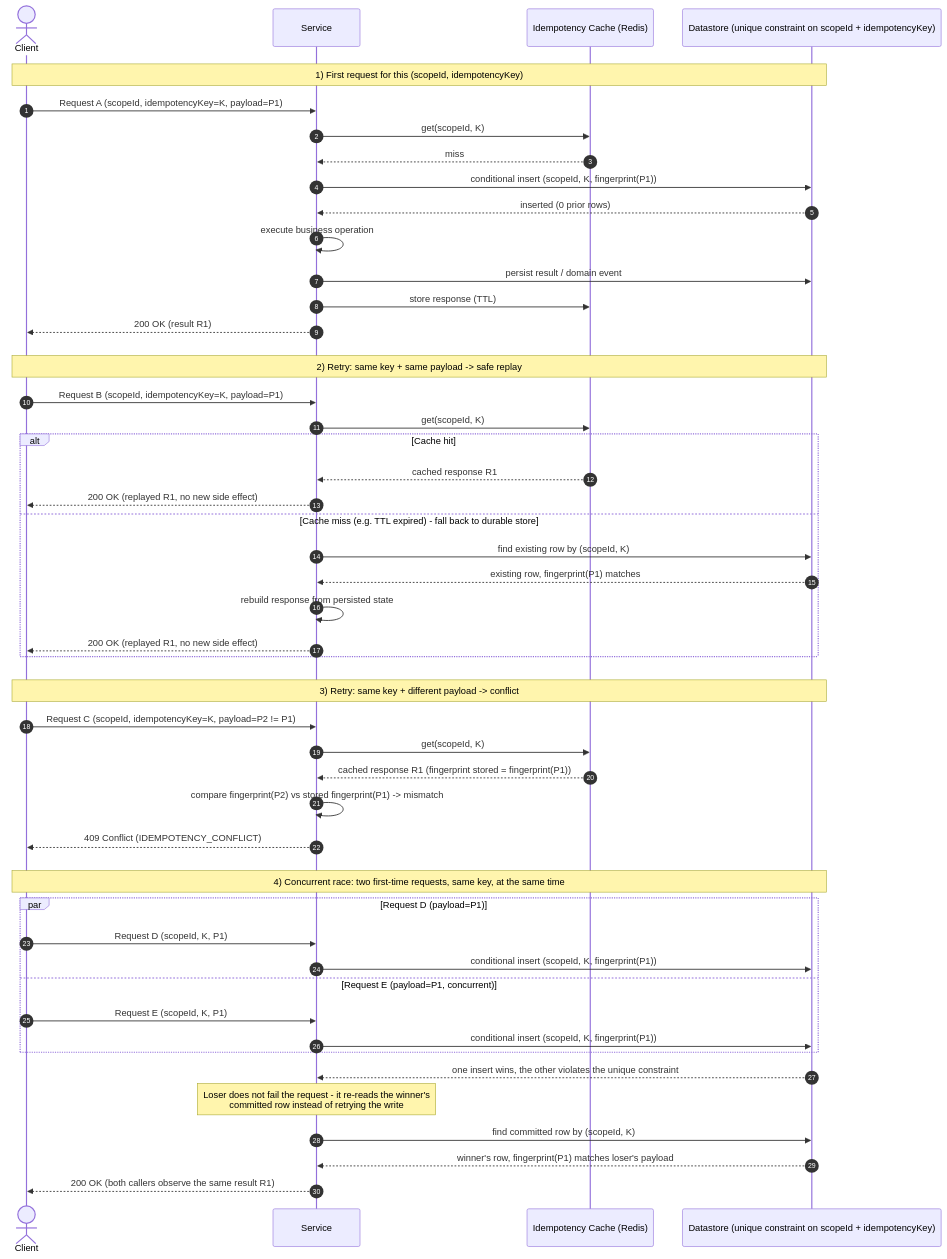
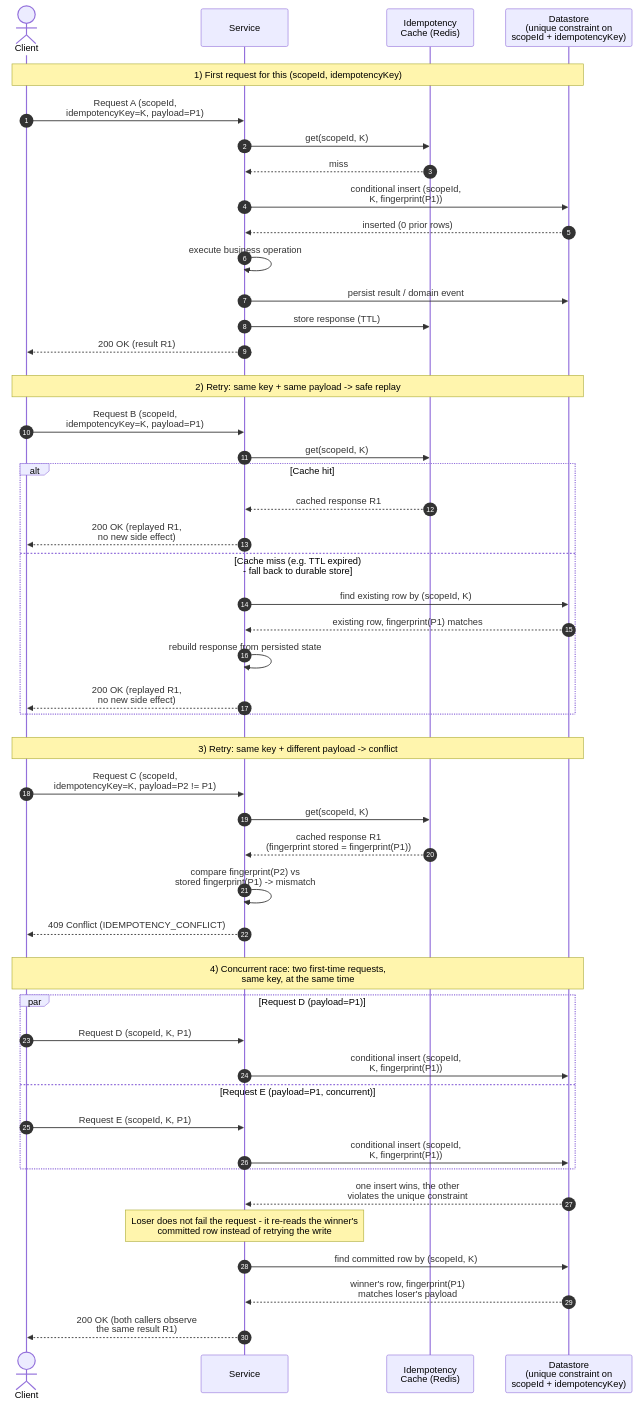
The diagram in docs/flows/idempotency-generic.mmd (ShirongQuan/payment-platform), drawn with Mermaid before and after one commit. The commit also changed 13 other files, not shown here.

```diff
--- a/docs/flows/idempotency-generic.mmd
+++ b/docs/flows/idempotency-generic.mmd
@@ -1,68 +1,68 @@
 %% Generic idempotency replay/conflict flow.
 %% Applies to any idempotency-keyed mutating endpoint in this platform:
 %%   - auth-service: POST /authorisations, POST /authorisations/{id}/captures,
 %%     POST /authorisations/{id}/reversals
 %%   - fraud-service: POST /fraud/check
 %% Scope key = (scopeId, idempotencyKey), e.g. (accountId, idempotencyKey) for authorise/fraud-check,
 %% or (authorisationId, idempotencyKey) for capture/reverse.
 %% Fingerprint = hash of the semantic request payload (see RequestHashing in shared-spring-lib),
 %% used to distinguish a safe replay from a conflicting reuse of the same key.
 sequenceDiagram
 	autonumber
 	actor Client
 	participant Svc as Service
-	participant Cache as Idempotency Cache (Redis)
-	participant DB as Datastore (unique constraint on scopeId + idempotencyKey)
+	participant Cache as Idempotency<br/>Cache (Redis)
+	participant DB as Datastore<br/>(unique constraint on<br/>scopeId + idempotencyKey)
 
 	rect rgba(0, 0, 0, 0)
 		note over Client, DB: 1) First request for this (scopeId, idempotencyKey)
-		Client->>Svc: Request A (scopeId, idempotencyKey=K, payload=P1)
+		Client->>Svc: Request A (scopeId,<br/>idempotencyKey=K, payload=P1)
 		Svc->>Cache: get(scopeId, K)
 		Cache-->>Svc: miss
-		Svc->>DB: conditional insert (scopeId, K, fingerprint(P1))
+		Svc->>DB: conditional insert (scopeId,<br/>K, fingerprint(P1))
 		DB-->>Svc: inserted (0 prior rows)
 		Svc->>Svc: execute business operation
 		Svc->>DB: persist result / domain event
 		Svc->>Cache: store response (TTL)
 		Svc-->>Client: 200 OK (result R1)
 	end
 
 	rect rgba(0, 0, 0, 0)
 		note over Client, DB: 2) Retry: same key + same payload -> safe replay
-		Client->>Svc: Request B (scopeId, idempotencyKey=K, payload=P1)
+		Client->>Svc: Request B (scopeId,<br/>idempotencyKey=K, payload=P1)
 		Svc->>Cache: get(scopeId, K)
 		alt Cache hit
 			Cache-->>Svc: cached response R1
-			Svc-->>Client: 200 OK (replayed R1, no new side effect)
-		else Cache miss (e.g. TTL expired) - fall back to durable store
+			Svc-->>Client: 200 OK (replayed R1,<br/>no new side effect)
+		else Cache miss (e.g. TTL expired)<br/>- fall back to durable store
 			Svc->>DB: find existing row by (scopeId, K)
 			DB-->>Svc: existing row, fingerprint(P1) matches
 			Svc->>Svc: rebuild response from persisted state
-			Svc-->>Client: 200 OK (replayed R1, no new side effect)
+			Svc-->>Client: 200 OK (replayed R1,<br/>no new side effect)
 		end
 	end
 
 	rect rgba(0, 0, 0, 0)
 		note over Client, DB: 3) Retry: same key + different payload -> conflict
-		Client->>Svc: Request C (scopeId, idempotencyKey=K, payload=P2 != P1)
+		Client->>Svc: Request C (scopeId,<br/>idempotencyKey=K, payload=P2 != P1)
 		Svc->>Cache: get(scopeId, K)
-		Cache-->>Svc: cached response R1 (fingerprint stored = fingerprint(P1))
-		Svc->>Svc: compare fingerprint(P2) vs stored fingerprint(P1) -> mismatch
+		Cache-->>Svc: cached response R1<br/>(fingerprint stored = fingerprint(P1))
+		Svc->>Svc: compare fingerprint(P2) vs<br/>stored fingerprint(P1) -> mismatch
 		Svc-->>Client: 409 Conflict (IDEMPOTENCY_CONFLICT)
 	end
 
 	rect rgba(0, 0, 0, 0)
-		note over Client, DB: 4) Concurrent race: two first-time requests, same key, at the same time
+		note over Client, DB: 4) Concurrent race: two first-time requests,<br/>same key, at the same time
 		par Request D (payload=P1)
 			Client->>Svc: Request D (scopeId, K, P1)
-			Svc->>DB: conditional insert (scopeId, K, fingerprint(P1))
+			Svc->>DB: conditional insert (scopeId,<br/>K, fingerprint(P1))
 		and Request E (payload=P1, concurrent)
 			Client->>Svc: Request E (scopeId, K, P1)
-			Svc->>DB: conditional insert (scopeId, K, fingerprint(P1))
+			Svc->>DB: conditional insert (scopeId,<br/>K, fingerprint(P1))
 		end
-		DB-->>Svc: one insert wins, the other violates the unique constraint
+		DB-->>Svc: one insert wins, the other<br/>violates the unique constraint
 		note over Svc: Loser does not fail the request - it re-reads the winner's<br/>committed row instead of retrying the write
 		Svc->>DB: find committed row by (scopeId, K)
-		DB-->>Svc: winner's row, fingerprint(P1) matches loser's payload
-		Svc-->>Client: 200 OK (both callers observe the same result R1)
+		DB-->>Svc: winner's row, fingerprint(P1)<br/>matches loser's payload
+		Svc-->>Client: 200 OK (both callers observe<br/>the same result R1)
 	end
```
